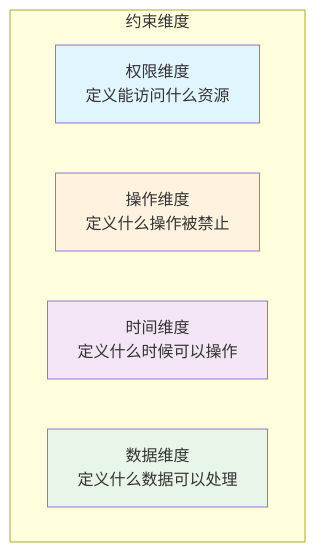
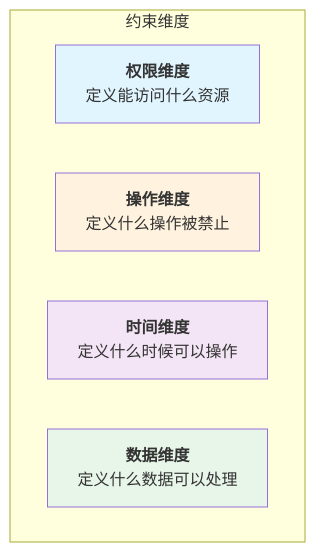
Before and after one commit to yeasy/harness_engineering_guide: the first of 3 diagrams in 03_principles/3.1_constraint_first.md, drawn with Mermaid. The commit also changed other lines of this file and 26 other files, not shown here.

Commit message:
Add bold titles to Mermaid diagram nodes

````diff
--- a/03_principles/3.1_constraint_first.md
+++ b/03_principles/3.1_constraint_first.md
@@ -57,14 +57,14 @@
 ```mermaid
 graph TB
     subgraph "约束维度"
-        A["权限维度<br/>定义能访问什么资源"]
-        B["操作维度<br/>定义什么操作被禁止"]
-        C["时间维度<br/>定义什么时候可以操作"]
-        D["数据维度<br/>定义什么数据可以处理"]
+        A["<b>权限维度</b><br/>定义能访问什么资源"]
+        B["<b>操作维度</b><br/>定义什么操作被禁止"]
+        C["<b>时间维度</b><br/>定义什么时候可以操作"]
+        D["<b>数据维度</b><br/>定义什么数据可以处理"]
     end
 
     style A fill:#e1f5ff
     style B fill:#fff3e0
     style C fill:#f3e5f5
     style D fill:#e8f5e9
 ```
````
